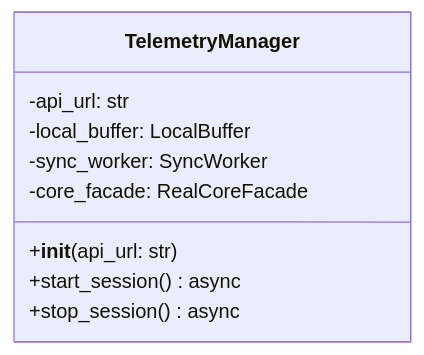
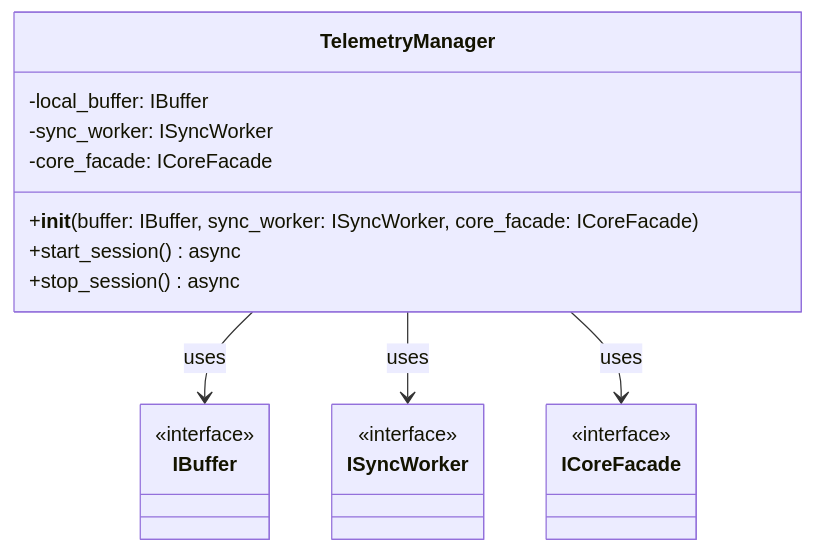
The diagram in docs/03_Backend_Sync/03_TelemetryManager_Details.md (1DenLy/ForzaAITuner), drawn with Mermaid before and after one commit. The commit also changed other lines of this file and 5 other files, not shown here.

Commit message:
refactor(telemetry): apply DIP to TelemetryManager and extract mapper

````diff
--- a/docs/03_Backend_Sync/03_TelemetryManager_Details.md
+++ b/docs/03_Backend_Sync/03_TelemetryManager_Details.md
@@ -13,12 +12,27 @@
 ```mermaid
 classDiagram
     class TelemetryManager {
-        -api_url: str
-        -local_buffer: LocalBuffer
-        -sync_worker: SyncWorker
-        -core_facade: RealCoreFacade
-        +__init__(api_url: str)
+        -local_buffer: IBuffer
+        -sync_worker: ISyncWorker
+        -core_facade: ICoreFacade
+        +__init__(buffer: IBuffer, sync_worker: ISyncWorker, core_facade: ICoreFacade)
         +start_session() async
         +stop_session() async
     }
+    
+    class IBuffer {
+        <<interface>>
+    }
+    
+    class ISyncWorker {
+        <<interface>>
+    }
+    
+    class ICoreFacade {
+        <<interface>>
+    }
+    
+    TelemetryManager --> IBuffer : uses
+    TelemetryManager --> ISyncWorker : uses
+    TelemetryManager --> ICoreFacade : uses
 ```
````
